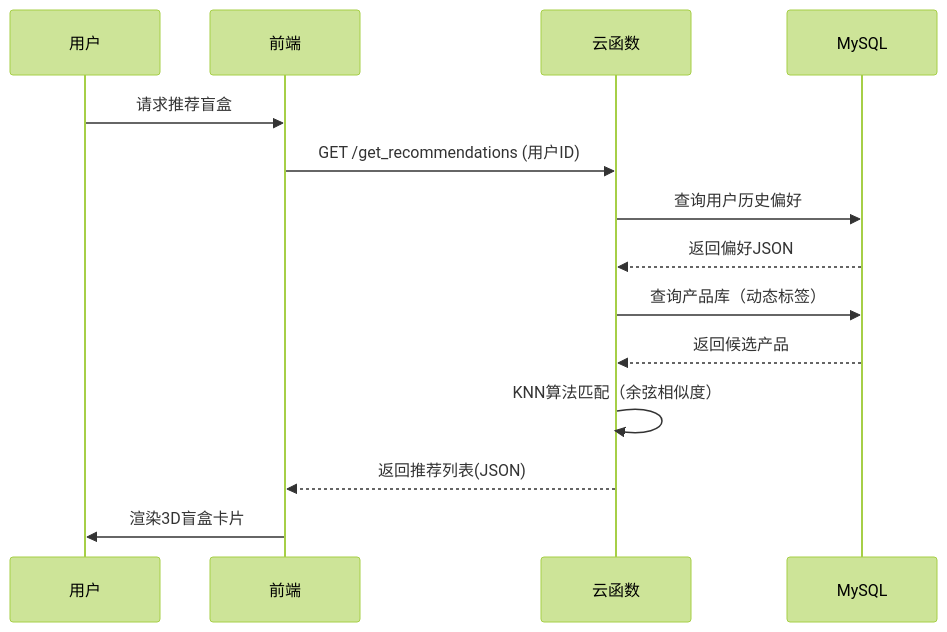
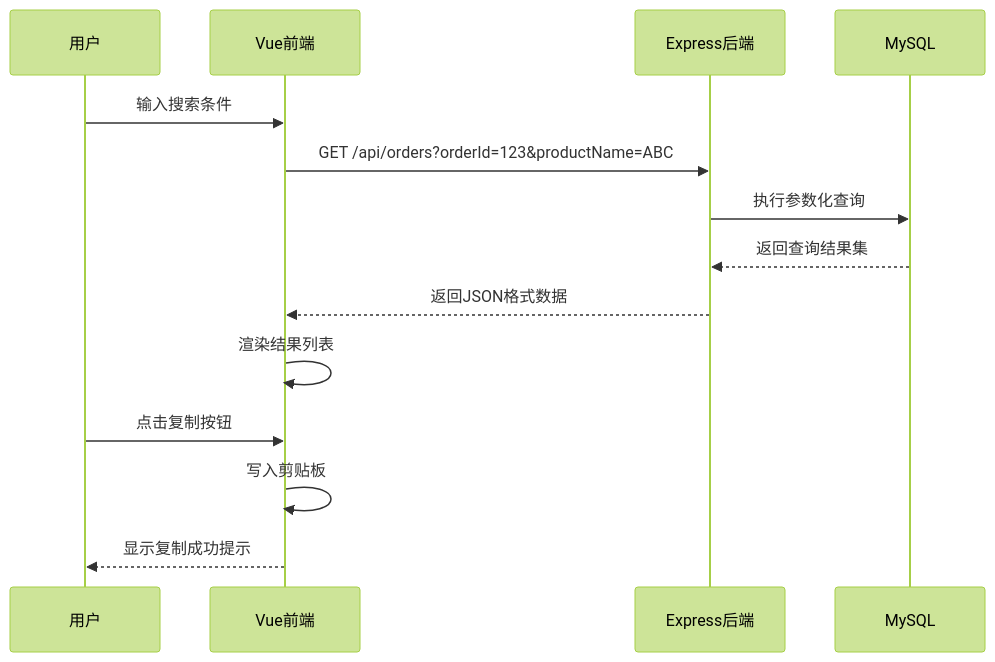
The diagram in all/未命名-2.md (1215587043/iodraw-files), drawn with Mermaid (forest theme) before and after one commit.

Commit message:
2025-04-11 21:47:17 update

````diff
--- a/all/未命名-2.md
+++ b/all/未命名-2.md
@@ -1,17 +1,17 @@
 ```mermaid
 sequenceDiagram
-    participant 用户
-    participant 前端
-    participant 云函数
-    participant MySQL
+    participant 用户 as 用户
+    participant 前端 as Vue前端
+    participant 后端 as Express后端
+    participant 数据库 as MySQL
 
-    用户->>前端: 请求推荐盲盒
-    前端->>云函数: GET /get_recommendations (用户ID)
-    云函数->>MySQL: 查询用户历史偏好
-    MySQL-->>云函数: 返回偏好JSON
-    云函数->>MySQL: 查询产品库（动态标签）
-    MySQL-->>云函数: 返回候选产品
-    云函数->>云函数: KNN算法匹配（余弦相似度）
-    云函数-->>前端: 返回推荐列表(JSON)
-    前端->>用户: 渲染3D盲盒卡片 
+    用户->>前端: 输入搜索条件
+    前端->>后端: GET /api/orders?orderId=123&productName=ABC
+    后端->>数据库: 执行参数化查询
+    数据库-->>后端: 返回查询结果集
+    后端-->>前端: 返回JSON格式数据
+    前端->>前端: 渲染结果列表
+    用户->>前端: 点击复制按钮
+    前端->>前端: 写入剪贴板
+    前端-->>用户: 显示复制成功提示 
 ```
````
